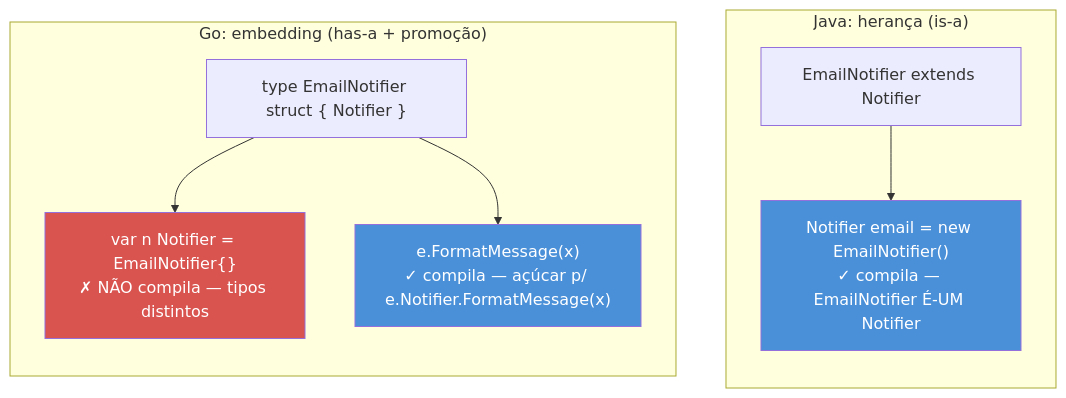
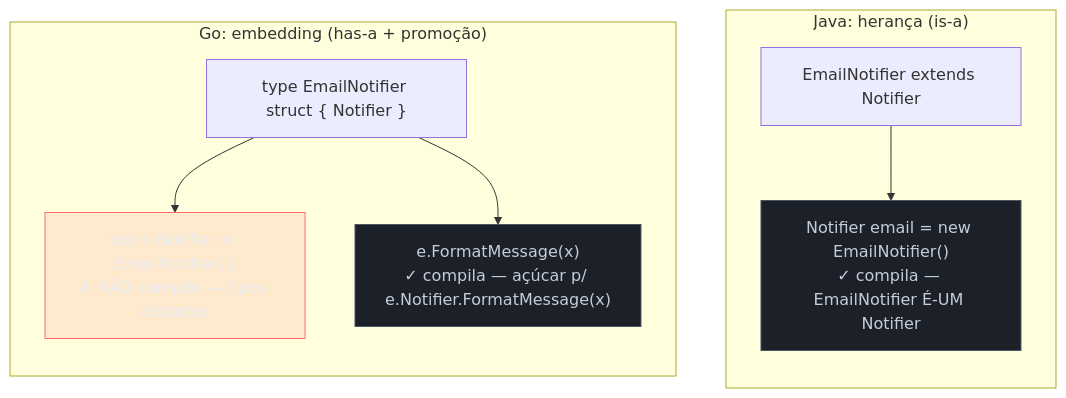
The first of 2 diagrams in 03-Dominios/Tecnologia/Go/20 - Go idiomático/03 - Composição sobre herança na prática.md (josenaldo/codex-technomanticus), drawn with Mermaid before and after one commit. The commit also changed other lines of this file and 1181 other files, not shown here.

First line of the commit message:
fix(diagramas): paleta do sistema no lugar de cor cravada no markdown

````diff
--- a/03-Dominios/Tecnologia/Go/20 - Go idiomático/03 - Composição sobre herança na prática.md
+++ b/03-Dominios/Tecnologia/Go/20 - Go idiomático/03 - Composição sobre herança na prática.md
@@ -65,16 +65,18 @@
 ```mermaid
 flowchart TB
+    classDef neutro fill:#1B2029,stroke:#4E5666,color:#C6CCD8
+    classDef falha fill:#FF6B6B24,stroke:#FF6B6B,color:#E9ECF2
     subgraph Java["Java: herança (is-a)"]
         direction TB
         J1["EmailNotifier extends Notifier"] --> J2["Notifier email = new EmailNotifier()\n✓ compila — EmailNotifier É-UM Notifier"]
     end
     subgraph Go["Go: embedding (has-a + promoção)"]
         direction TB
         G1["type EmailNotifier struct { Notifier }"] --> G2["var n Notifier = EmailNotifier{}\n✗ NÃO compila — tipos distintos"]
         G1 --> G3["e.FormatMessage(x)\n✓ compila — açúcar p/ e.Notifier.FormatMessage(x)"]
     end
 
-    style J2 fill:#4A90D9,color:#fff
-    style G2 fill:#D9534F,color:#fff
-    style G3 fill:#4A90D9,color:#fff
+    class J2 neutro
+    class G2 falha
+    class G3 neutro
 ```
````
